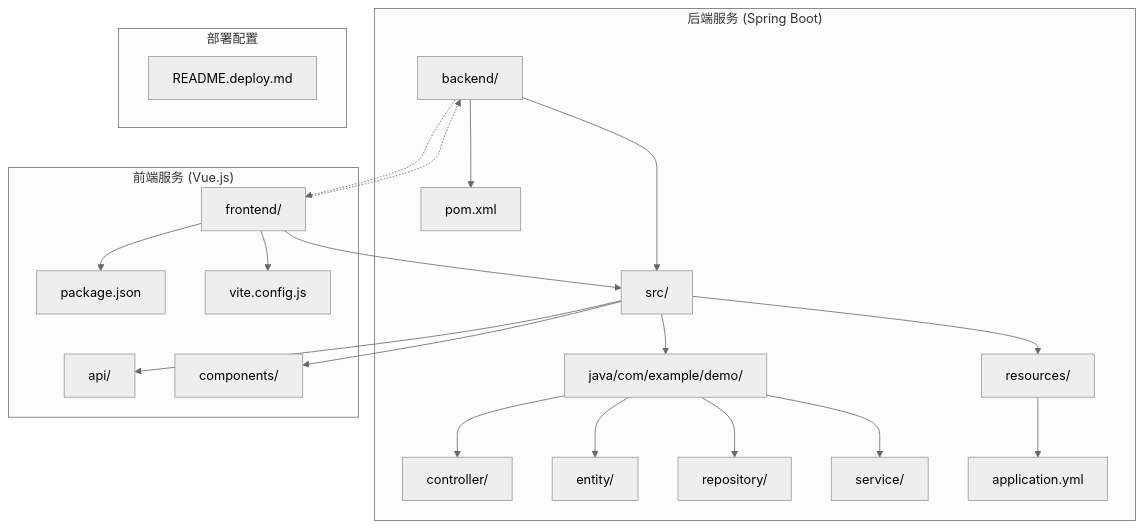
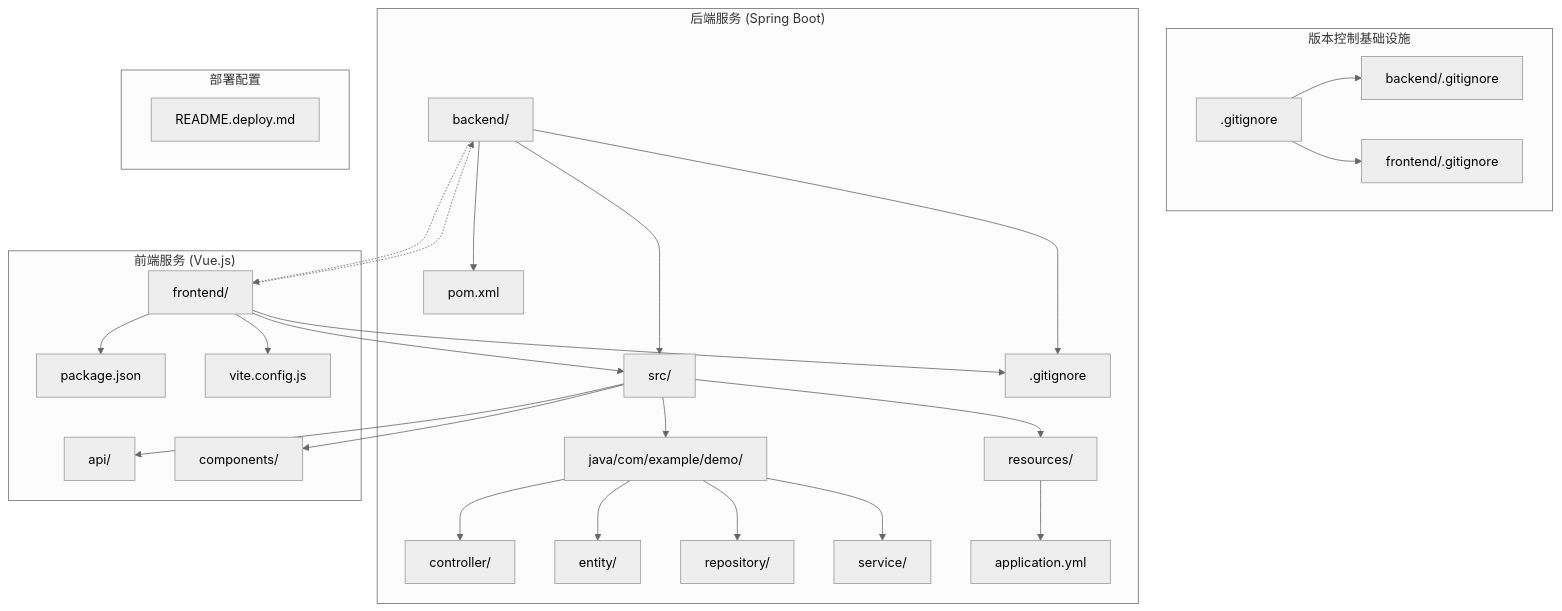
The first of 7 diagrams in .qoder/repowiki/zh/content/部署指南/Docker容器化部署.md (caishuaijun/chuanda), drawn with Mermaid (neutral theme) before and after one commit. The commit also changed other lines of this file and 11 other files, not shown here.

````diff
--- a/.qoder/repowiki/zh/content/部署指南/Docker容器化部署.md
+++ b/.qoder/repowiki/zh/content/部署指南/Docker容器化部署.md
@@ -35,28 +47,35 @@
 ```mermaid
 graph TB
+subgraph "版本控制基础设施"
+VC[.gitignore]
+VC --> BackendIgnore[backend/.gitignore]
+VC --> FrontendIgnore[frontend/.gitignore]
+end
 subgraph "后端服务 (Spring Boot)"
 BE[backend/]
 BE --> SRC[src/main/]
 SRC --> JAVA[java/com/example/demo/]
 JAVA --> CONTROLLER[controller/]
 JAVA --> ENTITY[entity/]
 JAVA --> REPOSITORY[repository/]
 JAVA --> SERVICE[service/]
 SRC --> RES[resources/]
 RES --> APP[application.yml]
 BE --> POM[pom.xml]
+BE --> GITIGNORE[.gitignore]
 end
 subgraph "前端服务 (Vue.js)"
 FE[frontend/]
 FE --> SRC[src/]
 SRC --> API[api/]
 SRC --> COMPONENTS[components/]
 FE --> PKG[package.json]
 FE --> VITE[vite.config.js]
+FE --> GITIGNORE[.gitignore]
 end
 subgraph "部署配置"
 DOC[README.deploy.md]
 end
 BE -.-> FE
 FE -.-> BE
 ```
````
